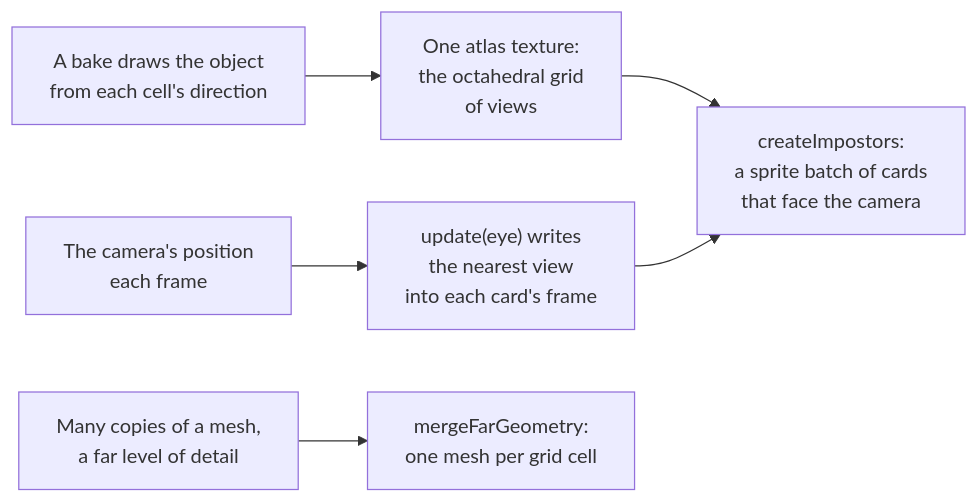
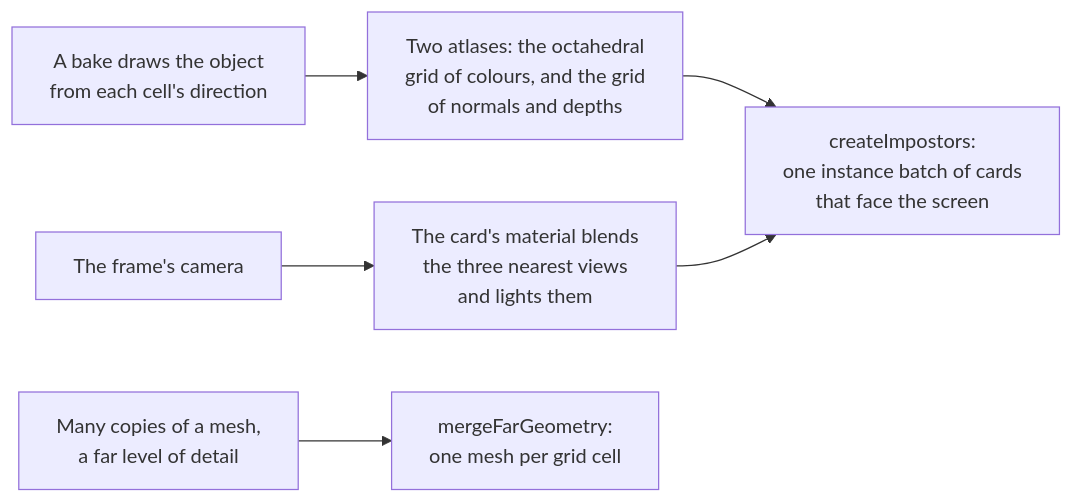
Before and after one commit to null3d-engine/null3d: the diagram in docs/api/impostors.md, drawn with Mermaid. The commit also changed other lines of this file and 19 other files, not shown here.

````diff
--- a/docs/api/impostors.md
+++ b/docs/api/impostors.md
@@ -15,8 +15,8 @@
 ```mermaid
 flowchart LR
-    views["A bake draws the object<br/>from each cell's direction"] --> atlas["One atlas texture:<br/>the octahedral grid<br/>of views"]
-    atlas --> cards["createImpostors:<br/>a sprite batch of cards<br/>that face the camera"]
-    eye["The camera's position<br/>each frame"] --> pick["update(eye) writes<br/>the nearest view<br/>into each card's frame"]
-    pick --> cards
+    views["A bake draws the object<br/>from each cell's direction"] --> atlas["Two atlases: the octahedral<br/>grid of colours, and the grid<br/>of normals and depths"]
+    atlas --> cards["createImpostors:<br/>one instance batch of cards<br/>that face the screen"]
+    eye["The frame's camera"] --> blend["The card's material blends<br/>the three nearest views<br/>and lights them"]
+    blend --> cards
     copies["Many copies of a mesh,<br/>a far level of detail"] --> merge["mergeFarGeometry:<br/>one mesh per grid cell"]
 ```
````
